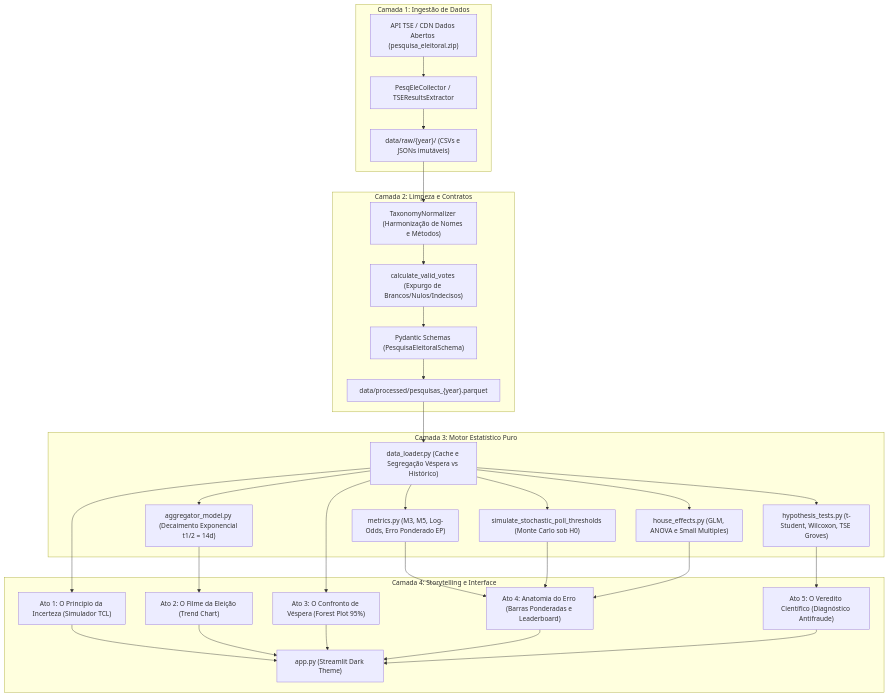
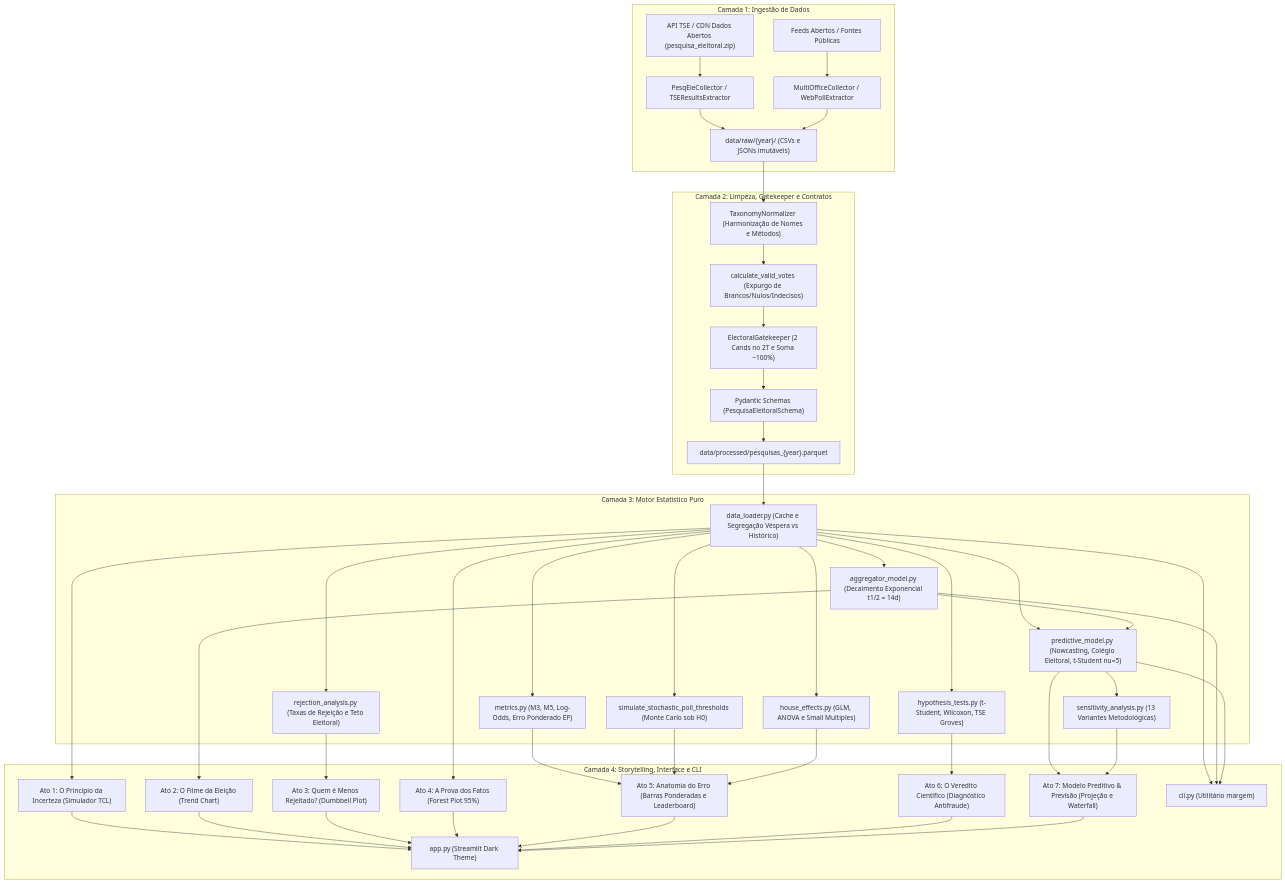
The diagram in docs/01_visao_geral_e_arquitetura.md (alexcamargos/margem_eleitoral), drawn with Mermaid before and after one commit. The commit also changed other lines of this file and 1 other file, not shown here.

Commit message:
docs(arquitetura): sincronizar contratos schemas e topologia de software

````diff
--- a/docs/01_visao_geral_e_arquitetura.md
+++ b/docs/01_visao_geral_e_arquitetura.md
@@ -68,35 +77,41 @@
 ```mermaid
 flowchart TD
     subgraph S_Ingestão ["Camada 1: Ingestão de Dados"]
         TSE_API["API TSE / CDN Dados Abertos (pesquisa_eleitoral.zip)"] --> Collector["PesqEleCollector / TSEResultsExtractor"]
-        Collector --> RawFiles["data/raw/{year}/ (CSVs e JSONs imutáveis)"]
+        WebFeeds["Feeds Abertos / Fontes Públicas"] --> MultiCollector["MultiOfficeCollector / WebPollExtractor"]
+        Collector & MultiCollector --> RawFiles["data/raw/{year}/ (CSVs e JSONs imutáveis)"]
     end
 
-    subgraph S_Transform ["Camada 2: Limpeza e Contratos"]
+    subgraph S_Transform ["Camada 2: Limpeza, Gatekeeper e Contratos"]
         RawFiles --> Normalizer["TaxonomyNormalizer (Harmonização de Nomes e Métodos)"]
         Normalizer --> ValidVotes["calculate_valid_votes (Expurgo de Brancos/Nulos/Indecisos)"]
-        ValidVotes --> Schemas["Pydantic Schemas (PesquisaEleitoralSchema)"]
+        ValidVotes --> Gatekeeper["ElectoralGatekeeper (2 Cands no 2T e Soma ~100%)"]
+        Gatekeeper --> Schemas["Pydantic Schemas (PesquisaEleitoralSchema)"]
         Schemas --> ProcessedParquet["data/processed/pesquisas_{year}.parquet"]
     end
 
     subgraph S_Analytics ["Camada 3: Motor Estatístico Puro"]
         ProcessedParquet --> DataLoader["data_loader.py (Cache e Segregação Véspera vs Histórico)"]
         DataLoader --> Aggregator["aggregator_model.py (Decaimento Exponencial t1/2 = 14d)"]
+        DataLoader --> Rejection["rejection_analysis.py (Taxas de Rejeição e Teto Eleitoral)"]
         DataLoader --> Metrics["metrics.py (M3, M5, Log-Odds, Erro Ponderado EP)"]
         DataLoader --> MonteCarlo["simulate_stochastic_poll_thresholds (Monte Carlo sob H0)"]
         DataLoader --> HypoTests["hypothesis_tests.py (t-Student, Wilcoxon, TSE Groves)"]
         DataLoader --> HouseEffects["house_effects.py (GLM, ANOVA e Small Multiples)"]
+        DataLoader & Aggregator --> Predictive["predictive_model.py (Nowcasting, Colégio Eleitoral, t-Student nu=5)"]
+        Predictive --> Sensitivity["sensitivity_analysis.py (13 Variantes Metodológicas)"]
     end
 
-    subgraph S_Presentation ["Camada 4: Storytelling e Interface"]
+    subgraph S_Presentation ["Camada 4: Storytelling, Interface e CLI"]
+        DataLoader --> Act1["Ato 1: O Princípio da Incerteza (Simulador TCL)"]
         Aggregator --> Act2["Ato 2: O Filme da Eleição (Trend Chart)"]
-        Metrics --> Act4["Ato 4: Anatomia do Erro (Barras Ponderadas e Leaderboard)"]
-        MonteCarlo --> Act4
-        HouseEffects --> Act4
-        HypoTests --> Act5["Ato 5: O Veredito Científico (Diagnóstico Antifraude)"]
-        DataLoader --> Act3["Ato 3: O Confronto de Véspera (Forest Plot 95%)"]
-        DataLoader --> Act1["Ato 1: O Princípio da Incerteza (Simulador TCL)"]
+        Rejection --> Act3["Ato 3: Quem é Menos Rejeitado? (Dumbbell Plot)"]
+        DataLoader --> Act4["Ato 4: A Prova dos Fatos (Forest Plot 95%)"]
+        Metrics & MonteCarlo & HouseEffects --> Act5["Ato 5: Anatomia do Erro (Barras Ponderadas e Leaderboard)"]
+        HypoTests --> Act6["Ato 6: O Veredito Científico (Diagnóstico Antifraude)"]
+        Predictive & Sensitivity --> Act7["Ato 7: Modelo Preditivo & Previsão (Projeção e Waterfall)"]
         
-        Act1 & Act2 & Act3 & Act4 & Act5 --> StreamlitApp["app.py (Streamlit Dark Theme)"]
+        Act1 & Act2 & Act3 & Act4 & Act5 & Act6 & Act7 --> StreamlitApp["app.py (Streamlit Dark Theme)"]
+        DataLoader & Aggregator & Predictive --> CLI["cli.py (Utilitário margem)"]
     end
 ```
````
